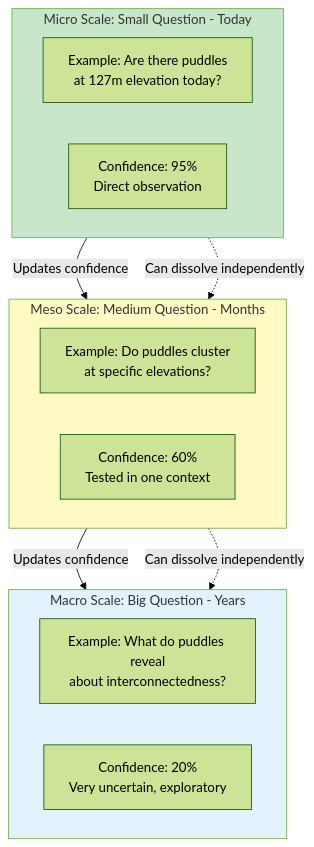
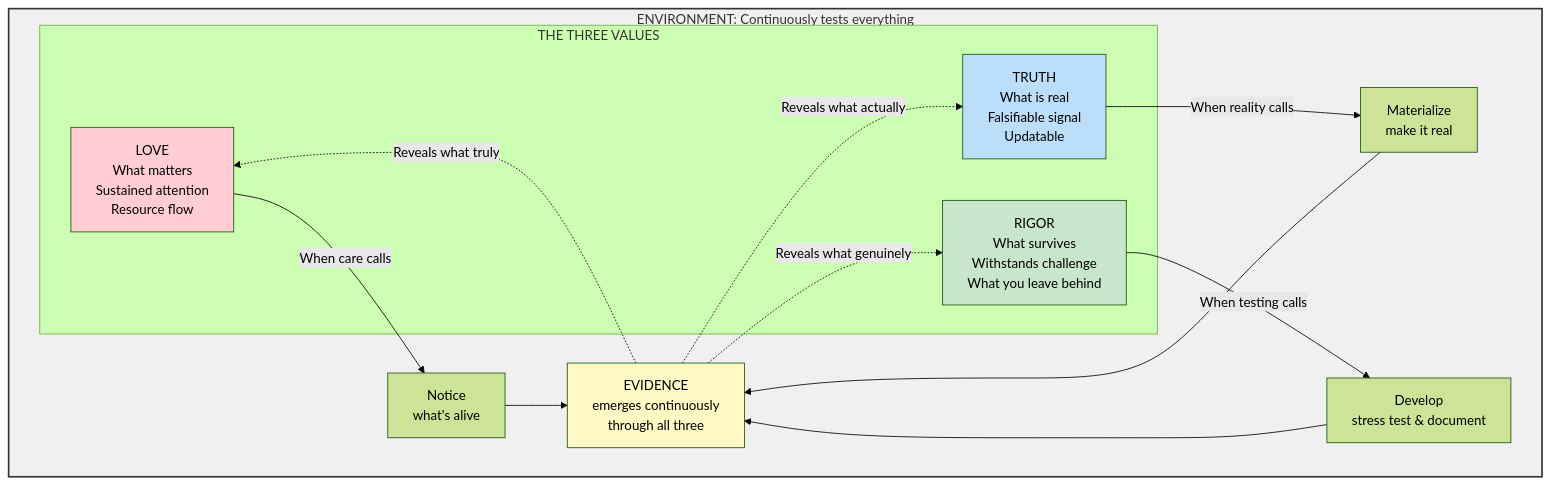
One commit to NoEndsNoGains/living-research-protocol changed the second of 6 diagrams in LRP_Visual_Guide.md. Above: the diagram before and after it, drawn with Mermaid (forest theme). The commit also changed other lines of this file, not shown here.

````diff
--- a/LRP_Visual_Guide.md
+++ b/LRP_Visual_Guide.md
@@ -75,27 +74,28 @@
 ```mermaid
 graph TB
-    subgraph Macro[Macro Scale: Big Question - Years]
-        MacroQ["Example: What do puddles reveal<br/>about interconnectedness?"]
-        MacroC[Confidence: 20%<br/>Very uncertain, exploratory]
+    subgraph Environment[ENVIRONMENT: Continuously tests everything]
+        subgraph Values[THE THREE VALUES]
+            Love[LOVE<br/>What matters<br/>Sustained attention<br/>Resource flow]
+            Truth[TRUTH<br/>What is real<br/>Falsifiable signal<br/>Updatable]
+            Rigor[RIGOR<br/>What survives<br/>Withstands challenge<br/>What you leave behind]
+        end
+        
+        Love -->|When care calls| Notice[Notice<br/>what's alive]
+        Truth -->|When reality calls| Materialize[Materialize<br/>make it real]
+        Rigor -->|When testing calls| Develop[Develop<br/>stress test & document]
+        
+        Notice --> Evidence[EVIDENCE<br/>emerges continuously<br/>through all three]
+        Materialize --> Evidence
+        Develop --> Evidence
+        
+        Evidence -.Reveals what truly.-> Love
+        Evidence -.Reveals what actually.-> Truth
+        Evidence -.Reveals what genuinely.-> Rigor
     end
     
-    subgraph Meso[Meso Scale: Medium Question - Months]
-        MesoQ["Example: Do puddles cluster<br/>at specific elevations?"]
-        MesoC[Confidence: 60%<br/>Tested in one context]
-    end
-    
-    subgraph Micro[Micro Scale: Small Question - Today]
-        MicroQ["Example: Are there puddles<br/>at 127m elevation today?"]
-        MicroC[Confidence: 95%<br/>Direct observation]
-    end
-    
-    Micro -->|Updates confidence| Meso
-    Meso -->|Updates confidence| Macro
-    
-    Micro -.Can dissolve independently.-> Meso
-    Meso -.Can dissolve independently.-> Macro
-    
-    style Macro fill:#e3f2fd
-    style Meso fill:#fff9c4
-    style Micro fill:#c8e6c9
+    style Love fill:#ffcdd2
+    style Truth fill:#bbdefb
+    style Rigor fill:#c8e6c9
+    style Evidence fill:#fff9c4
+    style Environment fill:#f0f0f0,stroke:#333,stroke-width:2px
 ```
````
